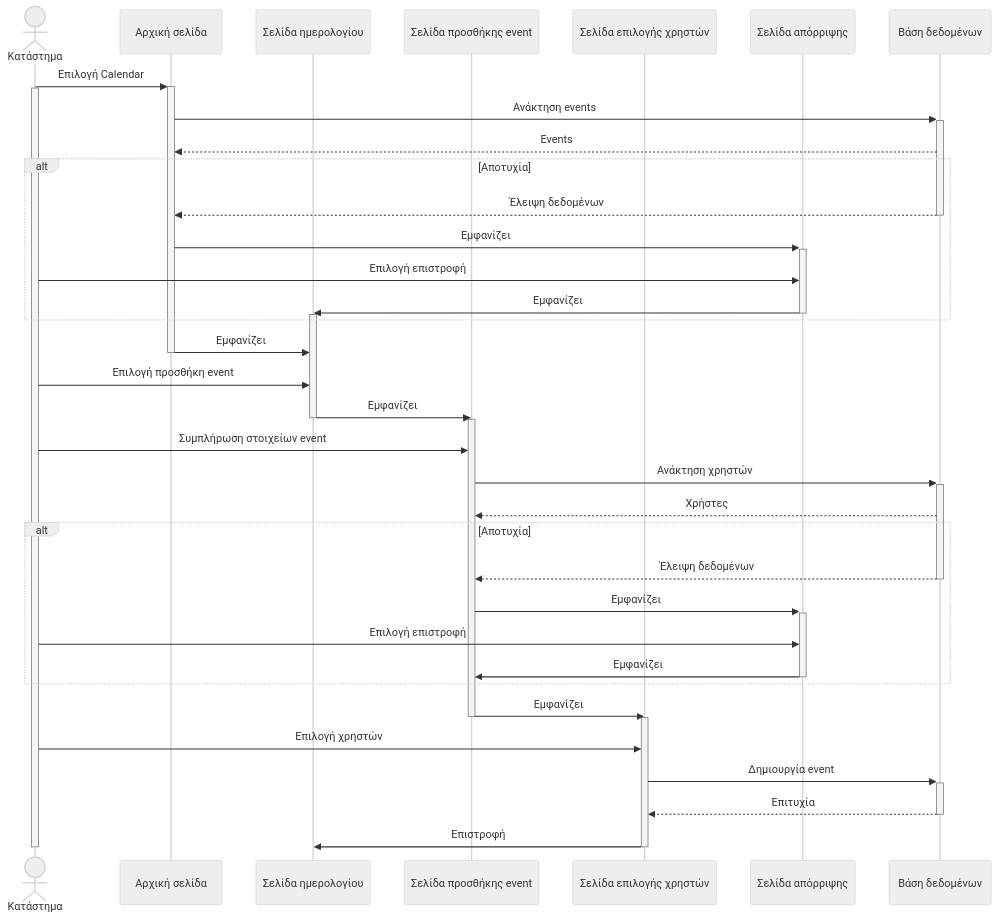
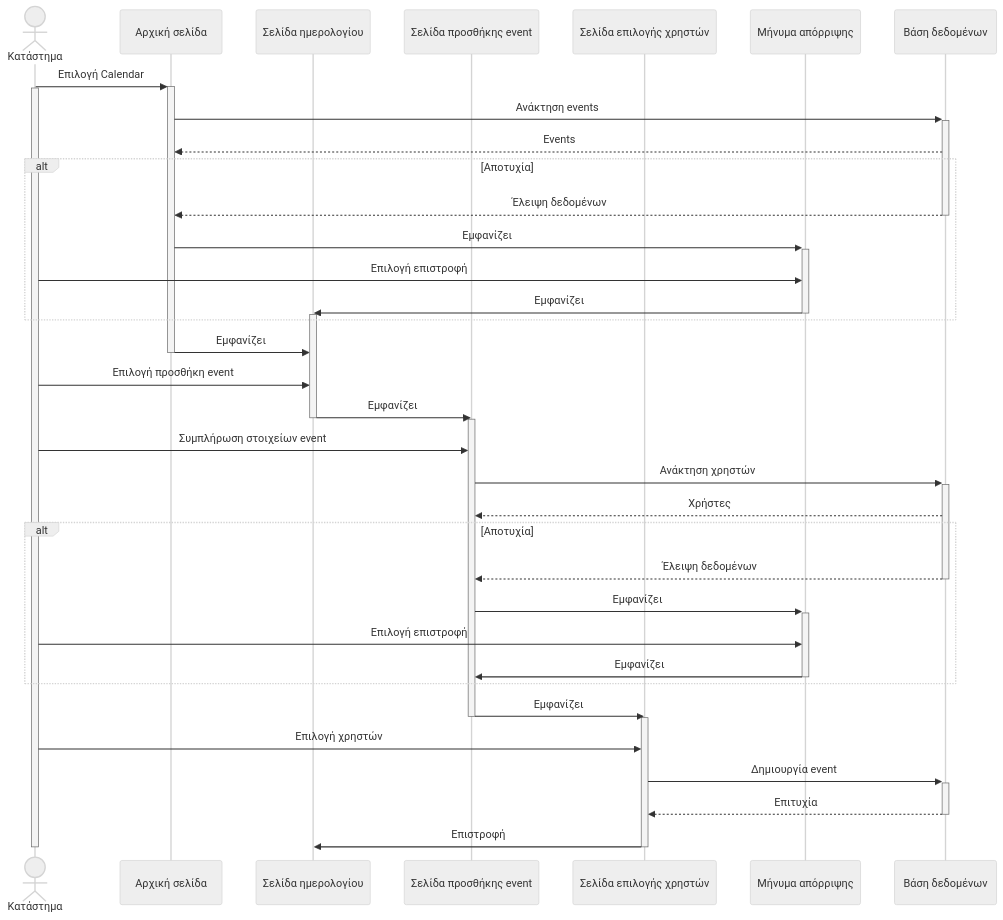
One commit to WhatToWear-org/WhatToWear changed the diagram in Παραδοτέα/v0.1/components/sequence-diagrams/sequence-diagram-calendar.md. Above: the diagram before and after it, drawn with Mermaid (neutral theme). The commit also changed 1 other file, not shown here.

Commit message:
Update calendar sequence diagram to display error message instead of error page WTW-53

````diff
--- a/Παραδοτέα/v0.1/components/sequence-diagrams/sequence-diagram-calendar.md
+++ b/Παραδοτέα/v0.1/components/sequence-diagrams/sequence-diagram-calendar.md
@@ -1,46 +1,46 @@
 ```mermaid
 sequenceDiagram
     actor Κατάστημα
     participant Αρχική σελίδα
     participant Σελίδα ημερολογίου
     participant Σελίδα προσθήκης event
     participant Σελίδα επιλογής χρηστών
-    participant Σελίδα απόρριψης
+    participant Μήνυμα απόρριψης
     participant Βάση δεδομένων
 
     Κατάστημα->>+Αρχική σελίδα: Επιλογή Calendar
     activate Κατάστημα
     Αρχική σελίδα->>+Βάση δεδομένων: Ανάκτηση events
     Βάση δεδομένων-->>Αρχική σελίδα: Events
     alt Αποτυχία
         Βάση δεδομένων-->>-Αρχική σελίδα: Έλειψη δεδομένων
-        Αρχική σελίδα->>+Σελίδα απόρριψης: Εμφανίζει
-        Κατάστημα->>Σελίδα απόρριψης: Επιλογή επιστροφή
-        Σελίδα απόρριψης->>-Σελίδα ημερολογίου: Εμφανίζει
+        Αρχική σελίδα->>+Μήνυμα απόρριψης: Εμφανίζει
+        Κατάστημα->>Μήνυμα απόρριψης: Επιλογή επιστροφή
+        Μήνυμα απόρριψης->>-Σελίδα ημερολογίου: Εμφανίζει
         activate Σελίδα ημερολογίου
     end
     Αρχική σελίδα->>-Σελίδα ημερολογίου: Εμφανίζει
 
     Κατάστημα->>Σελίδα ημερολογίου: Επιλογή προσθήκη event
     Σελίδα ημερολογίου->>-Σελίδα προσθήκης event: Εμφανίζει
     activate Σελίδα προσθήκης event
     Κατάστημα->>Σελίδα προσθήκης event: Συμπλήρωση στοιχείων event
     Σελίδα προσθήκης event->>+Βάση δεδομένων: Ανάκτηση χρηστών
 
     Βάση δεδομένων-->>Σελίδα προσθήκης event: Χρήστες
     alt Αποτυχία
         Βάση δεδομένων-->>-Σελίδα προσθήκης event: Έλειψη δεδομένων
-        Σελίδα προσθήκης event->>+Σελίδα απόρριψης: Εμφανίζει
-        Κατάστημα->>Σελίδα απόρριψης: Επιλογή επιστροφή
-        Σελίδα απόρριψης->>-Σελίδα προσθήκης event: Εμφανίζει
+        Σελίδα προσθήκης event->>+Μήνυμα απόρριψης: Εμφανίζει
+        Κατάστημα->>Μήνυμα απόρριψης: Επιλογή επιστροφή
+        Μήνυμα απόρριψης->>-Σελίδα προσθήκης event: Εμφανίζει
     end
 
     Σελίδα προσθήκης event->>-Σελίδα επιλογής χρηστών: Εμφανίζει
     activate Σελίδα επιλογής χρηστών
     Κατάστημα->>Σελίδα επιλογής χρηστών: Επιλογή χρηστών
     Σελίδα επιλογής χρηστών->>+Βάση δεδομένων: Δημιουργία event
     Βάση δεδομένων-->>-Σελίδα επιλογής χρηστών: Επιτυχία
     Σελίδα επιλογής χρηστών->>-Σελίδα ημερολογίου: Επιστροφή
 
     deactivate Κατάστημα
 ```
````
